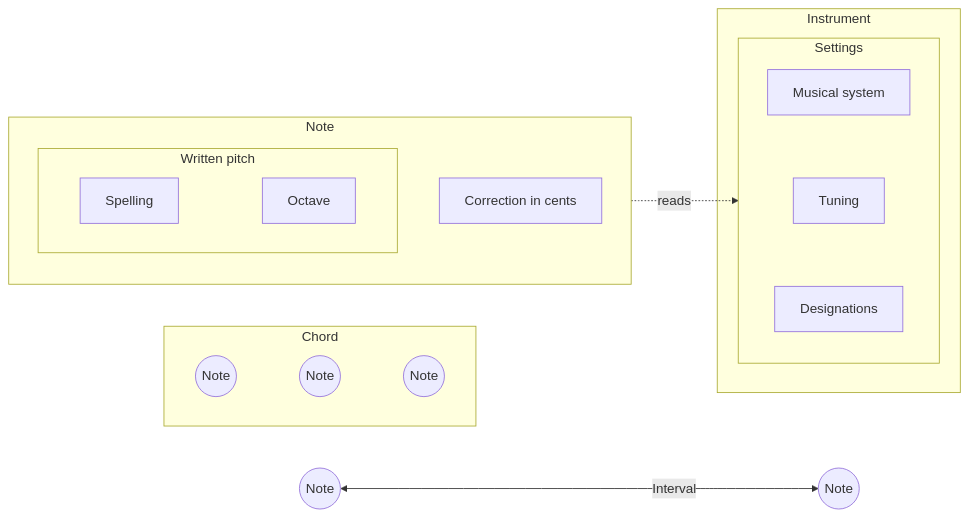
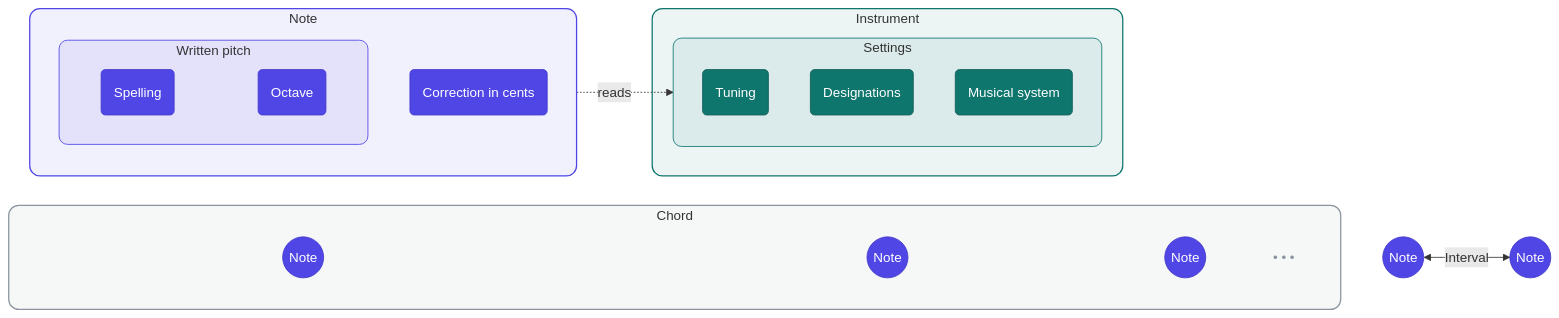
The diagram in README.md (go-muse/musex), drawn with Mermaid before and after one commit.

Commit message:
docs: restyle the Concept diagram in README
Give the Concept diagram a modern look after review of the pull
request: notes and the parts of a written record are drawn as filled
indigo shapes, the parts of a set of settings as teal ones, and the
groups as tinted frames with rounded corners. Styles use classDef and
style only, so they render the same on GitHub in the light and dark
themes.

Widen the chord and end its row of notes with an ellipsis, so that the
picture shows that a chord can hold any number of notes, not three.
The paragraph, the definitions, and the set of concepts on the diagram
do not change.

````diff
--- a/README.md
+++ b/README.md
@@ -28,27 +28,37 @@
 ```mermaid
 flowchart LR
     subgraph CHORD["Chord"]
-        direction LR
-        C1(("Note")) ~~~ C2(("Note")) ~~~ C3(("Note"))
+        C1(("Note")) ~~~ C2(("Note")) ~~~ C3(("Note")) ~~~ C4["• • •"]
     end
 
-    I1(("Note")) <-->|"Interval"| I2(("Note"))
+    C4 ~~~ I1(("Note")) <-->|"Interval"| I2(("Note"))
 
     subgraph NOTE["Note"]
-        direction TB
         subgraph PITCH["Written pitch"]
-            direction LR
-            SP["Spelling"] ~~~ OC["Octave"]
+            SP("Spelling") ~~~ OC("Octave")
         end
-        CO["Correction in cents"]
+        CO("Correction#nbsp;in#nbsp;cents")
     end
 
     subgraph INSTRUMENT["Instrument"]
         subgraph SETTINGS["Settings"]
-            direction TB
-            SY["Musical system"] ~~~ TU["Tuning"] ~~~ DE["Designations"]
+            TU("Tuning")
+            DE("Designations")
+            SY("Musical system")
         end
     end
 
     NOTE -. "reads" .-> SETTINGS
+
+    classDef note fill:#4f46e5,stroke:#4338ca,color:#ffffff
+    classDef setting fill:#0f766e,stroke:#115e59,color:#ffffff
+    classDef more fill:none,stroke:none,color:#8b949e
+    class SP,OC,CO,C1,C2,C3,I1,I2 note
+    class TU,DE,SY setting
+    class C4 more
+    style NOTE fill:#4f46e514,stroke:#4f46e5,stroke-width:1.5px,rx:12,ry:12
+    style PITCH fill:#4f46e514,stroke:#4f46e5,stroke-width:1px,rx:10,ry:10
+    style INSTRUMENT fill:#0f766e14,stroke:#0f766e,stroke-width:1.5px,rx:12,ry:12
+    style SETTINGS fill:#0f766e14,stroke:#0f766e,stroke-width:1px,rx:10,ry:10
+    style CHORD fill:#8b949e14,stroke:#8b949e,stroke-width:1.5px,rx:12,ry:12
 ```
````
